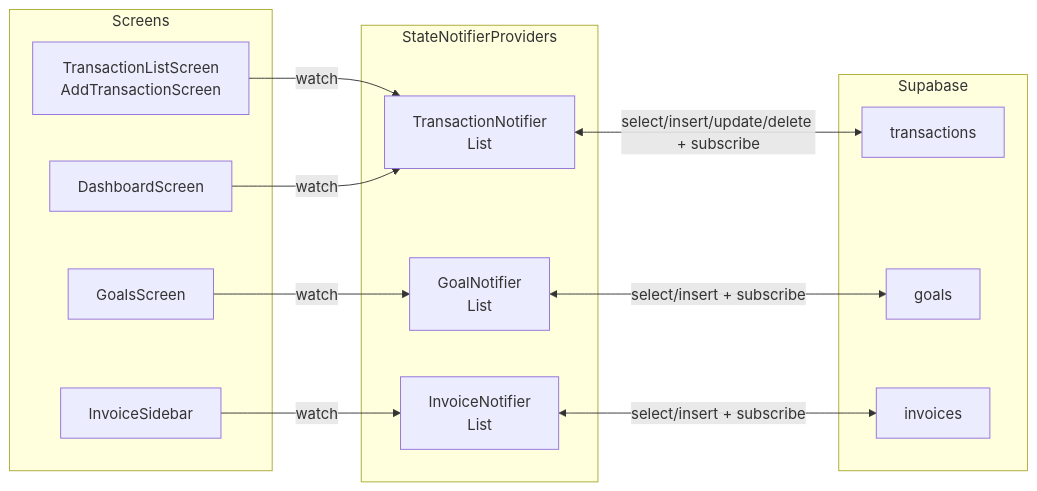
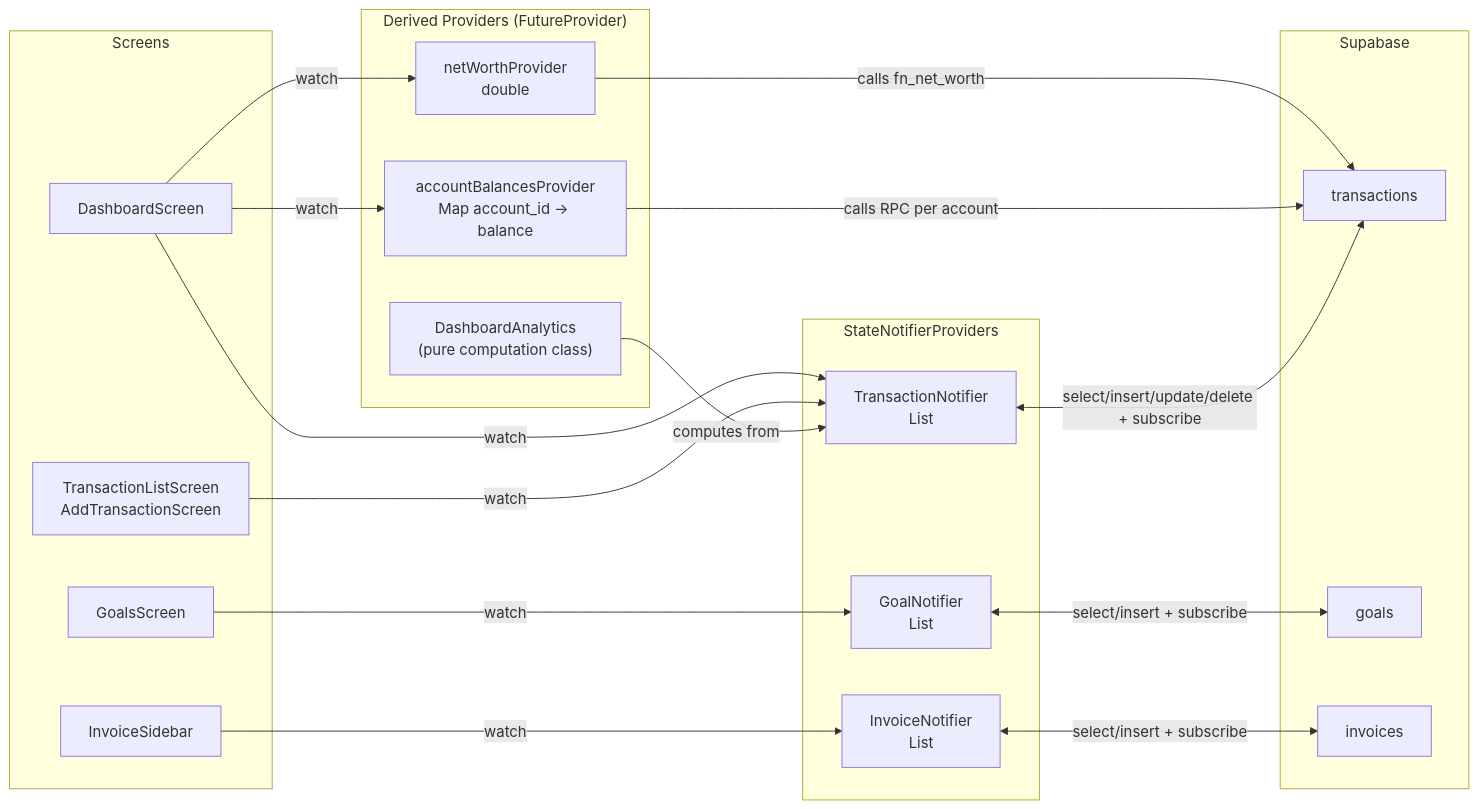
Before and after one commit to maybemnv/Financial-Tracker: the third of 7 diagrams in docs/ARCHITECTURE.md, drawn with Mermaid. The commit also changed other lines of this file and 1 other file, not shown here.

Commit message:
docs: update for direction column, DashboardAnalytics, and lifecycle refresh

````diff
--- a/docs/ARCHITECTURE.md
+++ b/docs/ARCHITECTURE.md
@@ -85,30 +85,42 @@
 ```mermaid
 graph LR
     subgraph Providers["StateNotifierProviders"]
         TN["TransactionNotifier<br/>List<Transaction>"]
         GN["GoalNotifier<br/>List<Goal>"]
         IN["InvoiceNotifier<br/>List<Invoice>"]
+    end
+
+    subgraph Derived["Derived Providers (FutureProvider)"]
+        AB["accountBalancesProvider<br/>Map account_id -> balance"]
+        NW["netWorthProvider<br/>double"]
+        DA["DashboardAnalytics<br/>(pure computation class)"]
     end
 
     subgraph Supabase["Supabase"]
         TXT[transactions]
         GLT[goals]
         IVT[invoices]
     end
 
     subgraph Screens["Screens"]
         TLS["TransactionListScreen<br/>AddTransactionScreen"]
         DS["DashboardScreen"]
         GS["GoalsScreen"]
         IS["InvoiceSidebar"]
     end
 
     TN <-->|select/insert/update/delete + subscribe| TXT
     GN <-->|select/insert + subscribe| GLT
     IN <-->|select/insert + subscribe| IVT
 
+    AB -->|calls RPC per account| TXT
+    NW -->|calls fn_net_worth| TXT
+    DA -->|computes from| TN
+
     TLS -->|watch| TN
     DS -->|watch| TN
+    DS -->|watch| AB
+    DS -->|watch| NW
     GS -->|watch| GN
     IS -->|watch| IN
 ```
````
